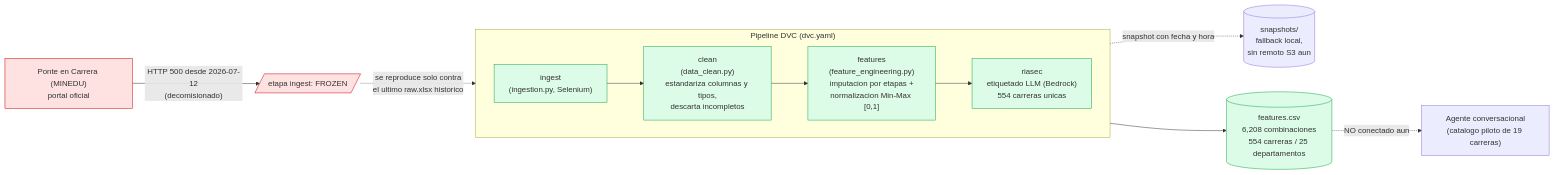
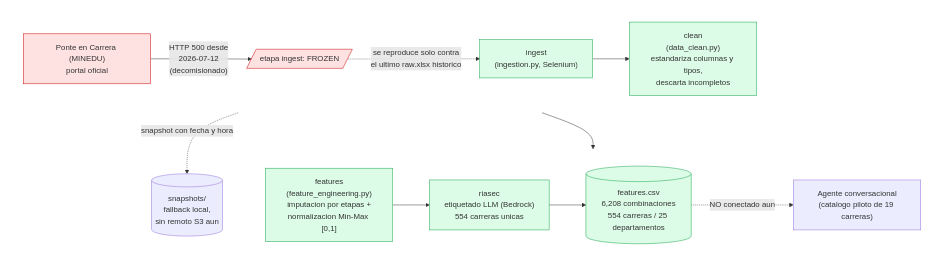
One commit to spark-match/spark-match-07-article changed the diagram in figures/mermaid/02-pipeline-datos.mmd. Above: the diagram before and after it, drawn with Mermaid. The commit also changed 3 other files, not shown here.

First line of the commit message:
docs(mermaid): restructure pipeline and CI/CD diagrams, add autocrop utility

```diff
--- a/figures/mermaid/02-pipeline-datos.mmd
+++ b/figures/mermaid/02-pipeline-datos.mmd
@@ -1,32 +1,33 @@
 %% Destino sugerido: Seccion 2 (Seleccion de modelo y datos), subseccion
 %% Dataset/Preprocesamiento. Hoy esa seccion solo tiene una descripcion en
 %% prosa (etapas ingestion.py, data_clean.py, feature_engineering.py); este
 %% diagrama la hace visual y deja explicita la etapa "frozen".
 %% Nombre de archivo sugerido al renderizar: fig-pipeline-datos.png
 %% Caption sugerido: "Pipeline de datos versionado con DVC (4 etapas), con la
 %% etapa de ingesta congelada tras el decomiso del portal fuente."
 %% Label sugerido: fig:data-pipeline
 
-flowchart LR
-    MEC["Ponte en Carrera (MINEDU)<br/>portal oficial"]
-    MEC -- "HTTP 500 desde 2026-07-12<br/>(decomisionado)" --> FROZEN[/"etapa ingest: FROZEN"/]
-
-    subgraph DVC["Pipeline DVC (dvc.yaml)"]
+flowchart TB
+    subgraph FILA1[" "]
         direction LR
-        ING["ingest<br/>(ingestion.py, Selenium)"]
-        CLEAN["clean<br/>(data_clean.py)<br/>estandariza columnas y tipos,<br/>descarta incompletos"]
-        FEAT["features<br/>(feature_engineering.py)<br/>imputacion por etapas +<br/>normalizacion Min-Max [0,1]"]
-        RIASEC["riasec<br/>etiquetado LLM (Bedrock)<br/>554 carreras unicas"]
-        ING --> CLEAN --> FEAT --> RIASEC
+        MEC["Ponte en Carrera (MINEDU)<br/>portal oficial"] -- "HTTP 500 desde<br/>2026-07-12<br/>(decomisionado)" --> FROZEN[/"etapa ingest: FROZEN"/]
+        FROZEN -.->|"se reproduce solo contra<br/>el ultimo raw.xlsx historico"| ING["ingest<br/>(ingestion.py, Selenium)"]
+        ING --> CLEAN["clean<br/>(data_clean.py)<br/>estandariza columnas y tipos,<br/>descarta incompletos"]
     end
 
-    FROZEN -.->|"se reproduce solo contra<br/>el ultimo raw.xlsx historico"| ING
+    subgraph FILA2[" "]
+        direction LR
+        FEAT["features<br/>(feature_engineering.py)<br/>imputacion por etapas +<br/>normalizacion Min-Max [0,1]"] --> RIASEC["riasec<br/>etiquetado LLM (Bedrock)<br/>554 carreras unicas"]
+        RIASEC --> CSV[("features.csv<br/>6,208 combinaciones<br/>554 carreras / 25 departamentos")]
+        CSV -.->|"NO conectado aun"| AGENTE["Agente conversacional<br/>(catalogo piloto de 19 carreras)"]
+    end
+
+    CLEAN --> FEAT
     ING -.snapshot con fecha y hora.-> SNAP[("snapshots/<br/>fallback local,<br/>sin remoto S3 aun")]
-    RIASEC --> CSV[("features.csv<br/>6,208 combinaciones<br/>554 carreras / 25 departamentos")]
-
-    CSV -.->|"NO conectado aun"| AGENTE["Agente conversacional<br/>(catalogo piloto de 19 carreras)"]
 
     classDef pending fill:#fee2e2,stroke:#c00,stroke-width:1px
     classDef done fill:#dcfce7,stroke:#16a34a,stroke-width:1px
     class MEC,FROZEN pending
     class CSV,RIASEC,FEAT,CLEAN,ING done
+    style FILA1 fill:none,stroke:none
+    style FILA2 fill:none,stroke:none
```
